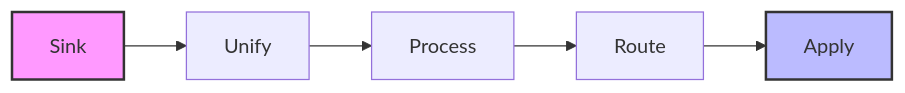
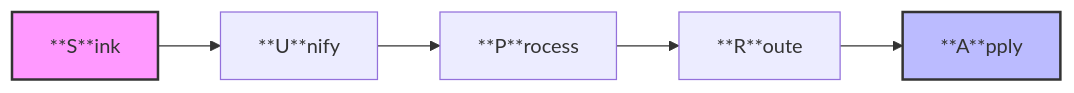
Before and after one commit to improveTheWorld/DataFlow.NET: the diagram in README.md, drawn with Mermaid. The commit also changed other lines of this file and 12 other files, not shown here.

````diff
--- a/README.md
+++ b/README.md
@@ -57,10 +64,10 @@
 ```mermaid
 graph LR
-    S[Sink] --> U[Unify]
-    U --> P[Process]
-    P --> R[Route]
-    R --> A[Apply]
+    S[**S**ink] --> U[**U**nify]
+    U --> P[**P**rocess]
+    P --> R[**R**oute]
+    R --> A[**A**pply]
     
     style S fill:#f9f,stroke:#333,stroke-width:2px
     style A fill:#bbf,stroke:#333,stroke-width:2px
 ```
````
